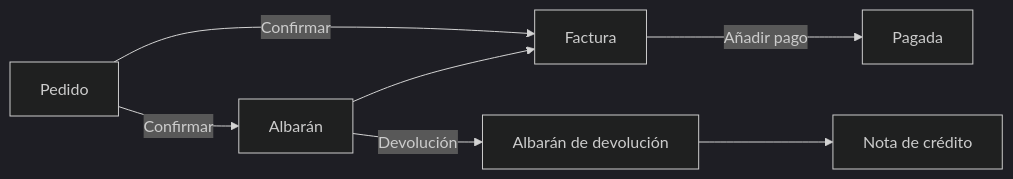
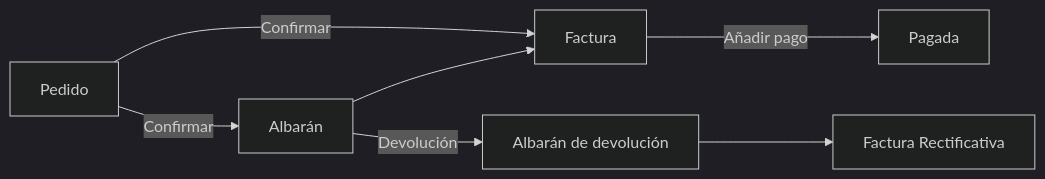
One commit to etendosoftware/etendo-go-docs changed the diagram in docs/es/operaciones/compras/que-es-la-seccion-compras/que-es-la-seccion-compras.md. Above: the diagram before and after it, drawn with Mermaid (dark theme). The commit also changed other lines of this file and 47 other files, not shown here.

````diff
--- a/docs/es/operaciones/compras/que-es-la-seccion-compras/que-es-la-seccion-compras.md
+++ b/docs/es/operaciones/compras/que-es-la-seccion-compras/que-es-la-seccion-compras.md
@@ -14,9 +14,9 @@
 ```mermaid
 flowchart LR
   A[Pedido] -->|Confirmar| B[Albarán]
   A -->|Confirmar| C[Factura]
   B --> C
   B -->|Devolución| D[Albarán de devolución]
-  D --> E[Nota de crédito]
+  D --> E[Factura Rectificativa]
   C -->|Añadir pago| F[Pagada]
 ```
````
